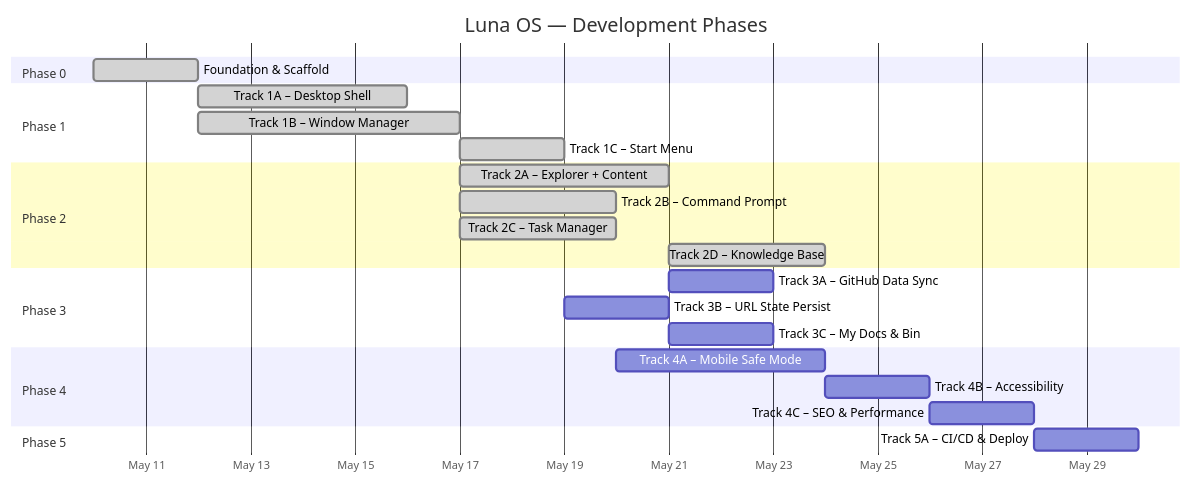
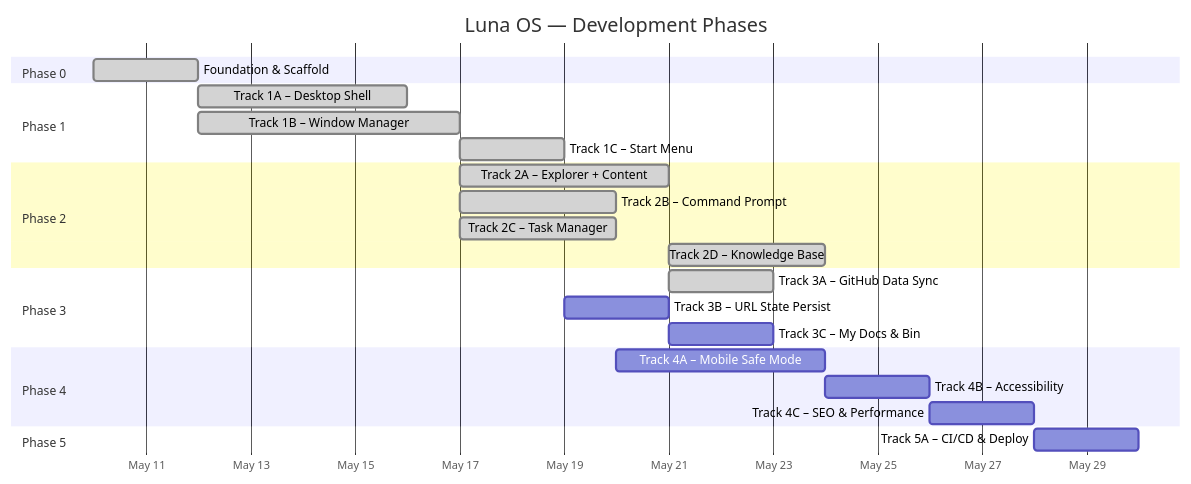
Before and after one commit to mansyar/portfolio-v3: the first of 2 diagrams in docs/ROADMAP.md, drawn with Mermaid. The commit also changed other lines of this file and 6 other files, not shown here.

Commit message:
docs(conductor): Synchronize PRD, TDD, and ROADMAP for Track 3A completion

````diff
--- a/docs/ROADMAP.md
+++ b/docs/ROADMAP.md
@@ -11,33 +11,33 @@
 ```mermaid
 gantt
     title Luna OS — Development Phases
     dateFormat  YYYY-MM-DD
     axisFormat  %b %d
 
     section Phase 0
     Foundation & Scaffold         :done, p0, 2026-05-10, 2d
 
     section Phase 1
     Track 1A – Desktop Shell      :done, p1a, after p0, 4d
     Track 1B – Window Manager     :done, p1b, after p0, 5d
     Track 1C – Start Menu         :done, p1c, after p1b, 2d
 
     section Phase 2
     Track 2A – Explorer + Content :done, p2a, after p1b, 4d
     Track 2B – Command Prompt     :done, p2b, after p1b, 3d
     Track 2C – Task Manager       :done, p2c, after p1b, 3d
     Track 2D – Knowledge Base     :done, p2d, after p2a, 3d
 
     section Phase 3
-    Track 3A – GitHub Data Sync   :p3a, after p2a, 2d
+    Track 3A – GitHub Data Sync   :done, p3a, after p2a, 2d
     Track 3B – URL State Persist  :p3b, after p1c, 2d
     Track 3C – My Docs & Bin      :p3c, after p2a, 2d
 
     section Phase 4
     Track 4A – Mobile Safe Mode   :p4a, after p2b, 4d
     Track 4B – Accessibility      :p4b, after p4a, 2d
     Track 4C – SEO & Performance  :p4c, after p4b, 2d
 
     section Phase 5
     Track 5A – CI/CD & Deploy     :p5a, after p4c, 2d
 ```
````
